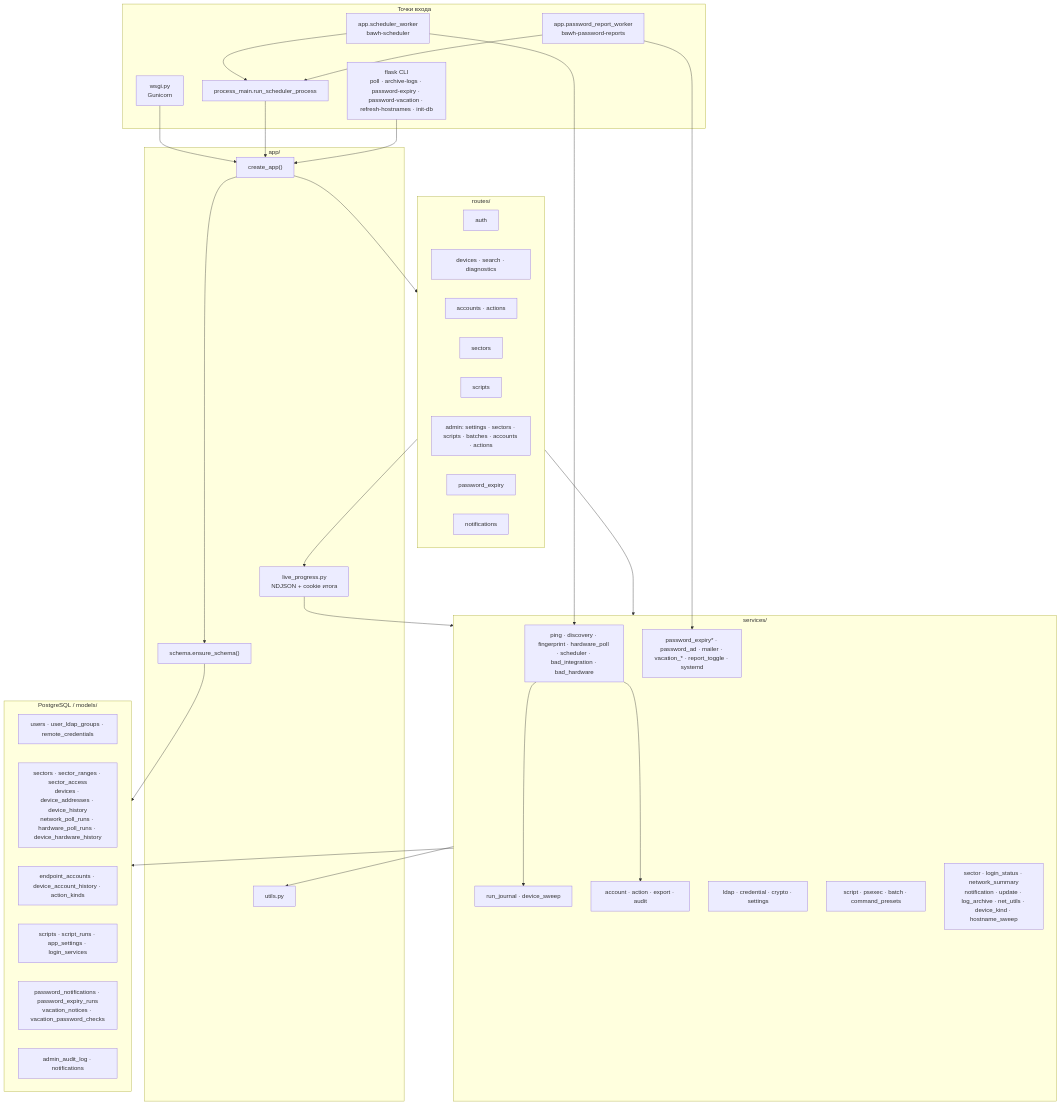
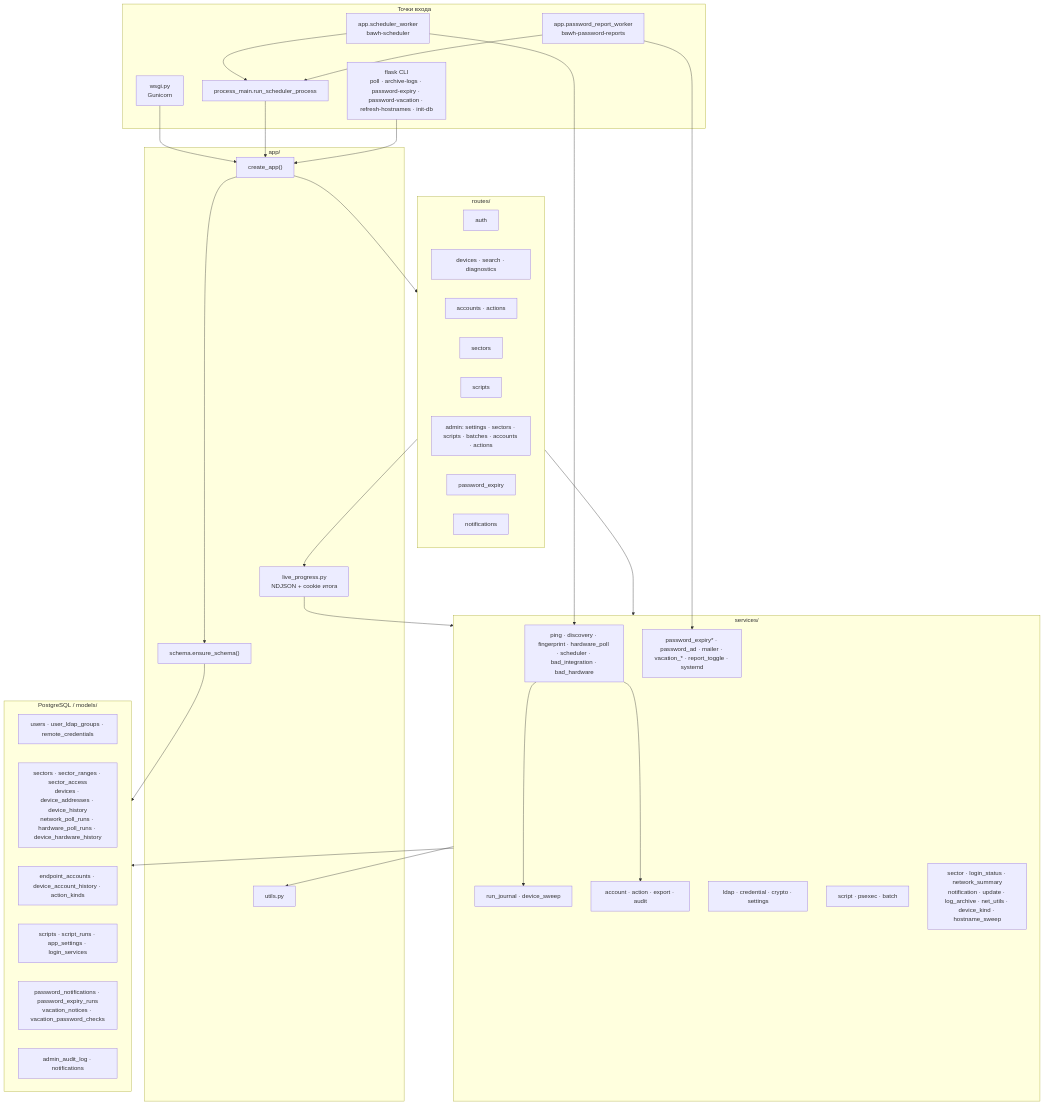
The first of 4 diagrams in docs/ARCHITECTURE.md (blazerity/admin-webhelper), drawn with Mermaid before and after one commit. The commit also changed other lines of this file and 17 other files, not shown here.

````diff
--- a/docs/ARCHITECTURE.md
+++ b/docs/ARCHITECTURE.md
@@ -124,65 +123,65 @@
 ```mermaid
 flowchart TB
   subgraph entry["Точки входа"]
     WSGI["wsgi.py<br/>Gunicorn"]
     LOOP["process_main.run_scheduler_process"]
     SCHED["app.scheduler_worker<br/>bawh-scheduler"]
     PWD_W["app.password_report_worker<br/>bawh-password-reports"]
     CLI["flask CLI<br/>poll · archive-logs · password-expiry · password-vacation · refresh-hostnames · init-db"]
   end
 
   subgraph app_core["app/"]
     CREATE["create_app()"]
     SCHEMA["schema.ensure_schema()"]
     LIVE["live_progress.py<br/>NDJSON + cookie итога"]
     UTILS["utils.py"]
   end
 
   subgraph http["routes/"]
     R_AUTH["auth"]
     R_DEV["devices · search · diagnostics"]
     R_ACC["accounts · actions"]
     R_SEC["sectors"]
     R_SCR["scripts"]
     R_ADM["admin: settings · sectors · scripts · batches · accounts · actions"]
     R_PWD["password_expiry"]
     R_NTF["notifications"]
   end
 
   subgraph services["services/"]
     S_POLL["ping · discovery · fingerprint · hardware_poll · scheduler · bad_integration · bad_hardware"]
     S_SHARE["run_journal · device_sweep"]
     S_ACC["account · action · export · audit"]
     S_ID["ldap · credential · crypto · settings"]
-    S_RUN["script · psexec · batch · command_presets"]
+    S_RUN["script · psexec · batch"]
     S_PWD["password_expiry* · password_ad · mailer · vacation_* · report_toggle · systemd"]
     S_OTH["sector · login_status · network_summary<br/>notification · update · log_archive · net_utils · device_kind · hostname_sweep"]
   end
 
   subgraph data["PostgreSQL / models/"]
     M_USER["users · user_ldap_groups · remote_credentials"]
     M_NET["sectors · sector_ranges · sector_access<br/>devices · device_addresses · device_history<br/>network_poll_runs · hardware_poll_runs · device_hardware_history"]
     M_ACC["endpoint_accounts · device_account_history · action_kinds"]
     M_SCR["scripts · script_runs · app_settings · login_services"]
     M_PWD["password_notifications · password_expiry_runs<br/>vacation_notices · vacation_password_checks"]
     M_NTF["admin_audit_log · notifications"]
   end
 
   WSGI --> CREATE
   SCHED --> LOOP
   PWD_W --> LOOP
   LOOP --> CREATE
   CLI --> CREATE
   CREATE --> SCHEMA
   CREATE --> http
   http --> LIVE
   LIVE --> services
   http --> services
   SCHED --> S_POLL
   PWD_W --> S_PWD
   S_POLL --> S_SHARE
   services --> data
   services --> UTILS
   S_POLL --> S_ACC
   SCHEMA --> data
 ```
````
